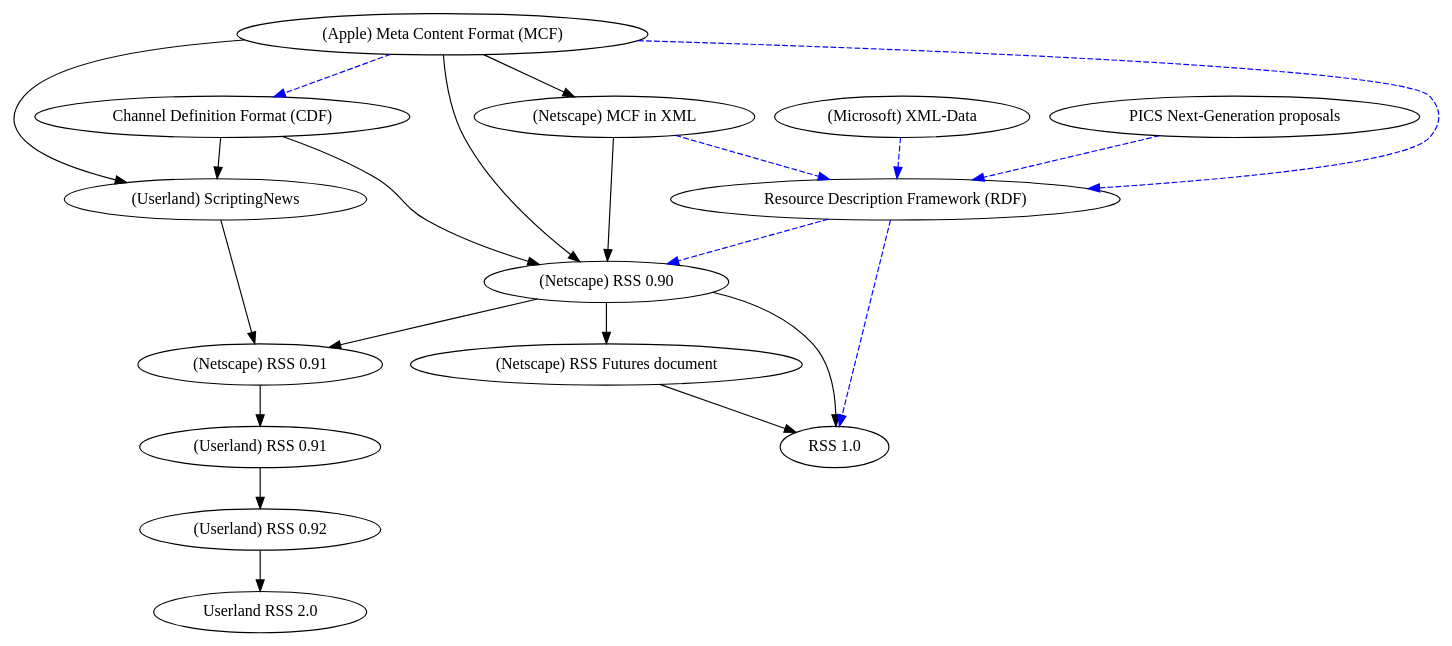
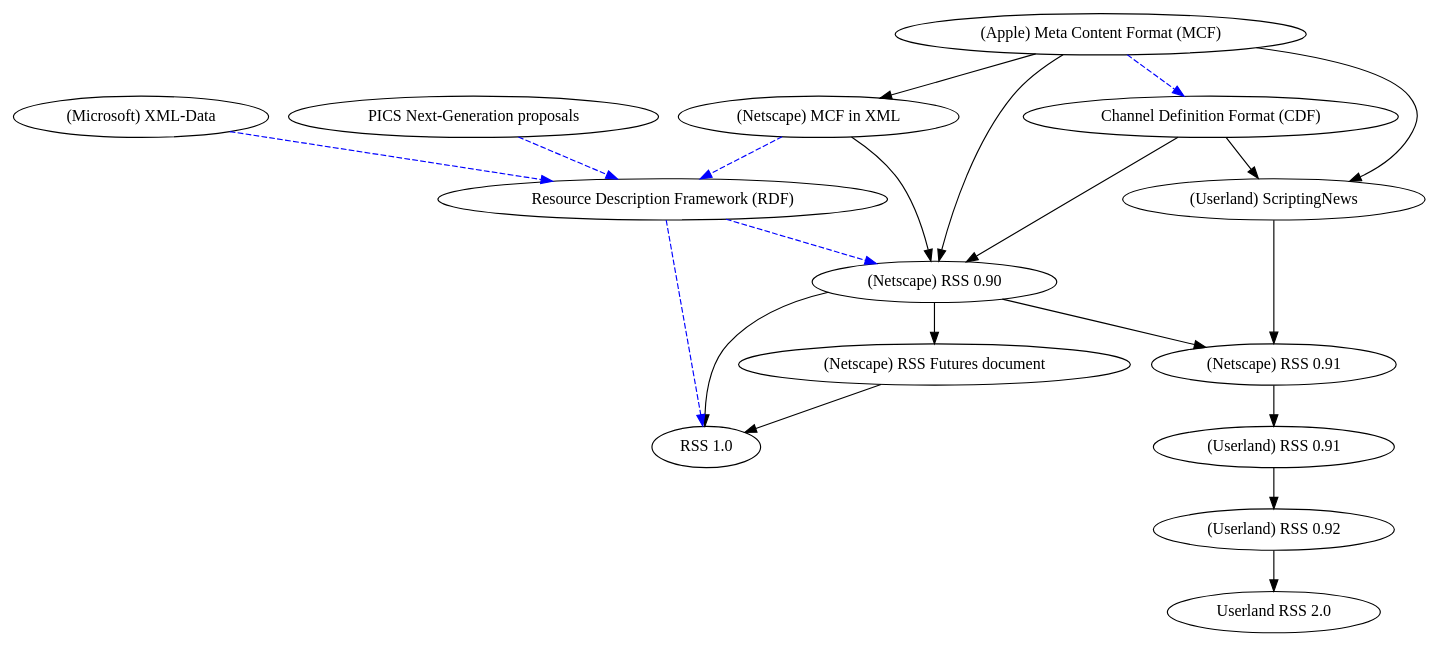
Before and after one commit to foaf/foaf: the diagram in rdfweb.org/htdocs/2003/05/rss/rss-family.dot, drawn with Graphviz. The commit also changed 1 other file, not shown here.

```diff
--- a/rdfweb.org/htdocs/2003/05/rss/rss-family.dot
+++ b/rdfweb.org/htdocs/2003/05/rss/rss-family.dot
@@ -1,65 +1,64 @@
 /* first draft. blue dotted means draws upon in part; other arrows indicate 
 based upon relationships */
 
+# $Revision: 1.4 $
+# 
+
 digraph rss  {
 
-
+# relationships
+# 
+# main links: 'is drawn upon significantly by' 
+# blue/dashed: 'is used by / was an influence on' (todo - separate?)
+#
+# todo: 
+#  
 	nsmcf -> rss090;
-
 	applemcf -> rss090;
 	applemcf -> nsmcf;
-
 	mscdf -> rss090;
-
         rdf -> rss090 [style=dashed, color=blue];
-
 	applemcf -> sn;
 	applemcf -> mscdf [style=dashed, color=blue];
-	applemcf -> rdf [style=dashed, color=blue];
-
 	mscdf -> sn;
-
         nsmcf -> rdf [style=dashed, color=blue];
 	msxmldata -> rdf [style=dashed, color=blue];
-
 	picsng -> rdf [style=dashed, color=blue];
 	rss090 -> rss100;
 	rss090 -> nsrssfutures;
 	nsrssfutures -> rss100;	
-
 	rss090 -> rss091;
 	sn -> rss091;
 	rss091 -> urss091;
 	rss092 -> urss200;
-
 	rdf -> rss100 [style=dashed, color=blue];	
-
+	urss091 -> rss092;
+ 	
 # node labels
 
 	nsrssfutures [label="(Netscape) RSS Futures document"];
 	urss200 [label="Userland RSS 2.0"];
 	urss091 [label="(Userland) RSS 0.91"];
-	urss091 -> rss092;
  	rss092 [label="(Userland) RSS 0.92"];
 	rss100 [label="RSS 1.0"];
 	rdf [label="Resource Description Framework (RDF)"];
 	mscdf [label="Channel Definition Format (CDF)" ];
 	applemcf [label="(Apple) Meta Content Format (MCF)"];
 	nsmcf [label="(Netscape) MCF in XML"];
 	sn [label="(Userland) ScriptingNews"]; 
 	rss090 [label="(Netscape) RSS 0.90"];
 	rss091 [label="(Netscape) RSS 0.91"];
 	rss092 [label="(Userland) RSS 0.92"];
 	picsng [label="PICS Next-Generation proposals"];
 	msxmldata [label="(Microsoft) XML-Data"];
 	
 	}
 /*
 
  - Userland RSS descends from NetscapeRSS0.91 
  - NetscapeRSS0.90 descends from MCFinXML and AppleMCF and CDF and uses RDF. 
  -NetscapeRSS0.91 descends from RSS0.90 and scriptingNews 
  - scriptingNews descends from AppleMCF and CDF. 
  - CDF descends partly from AppleMCF. 
  - RDF descends partly from AppleMCF and MCFinXML (and various other proposals) - RSS 1.0 descends from NetscapeRSS0.90 and uses RDF. 
  */
```
